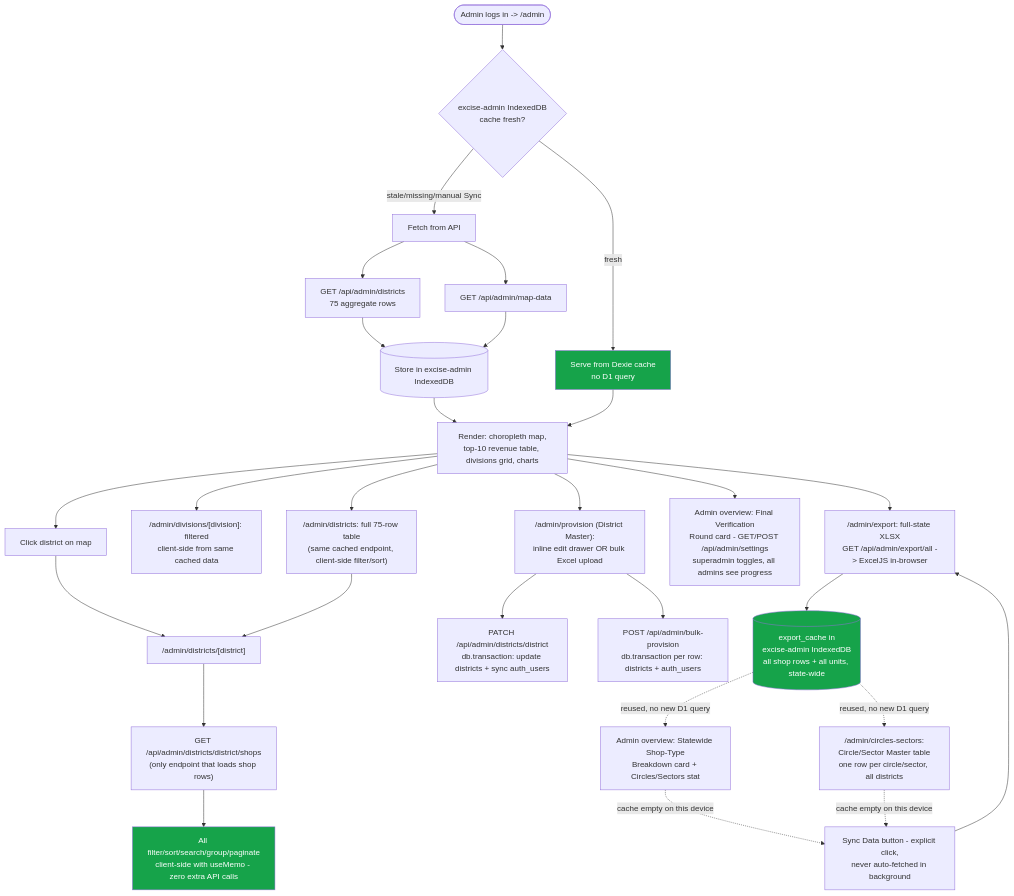
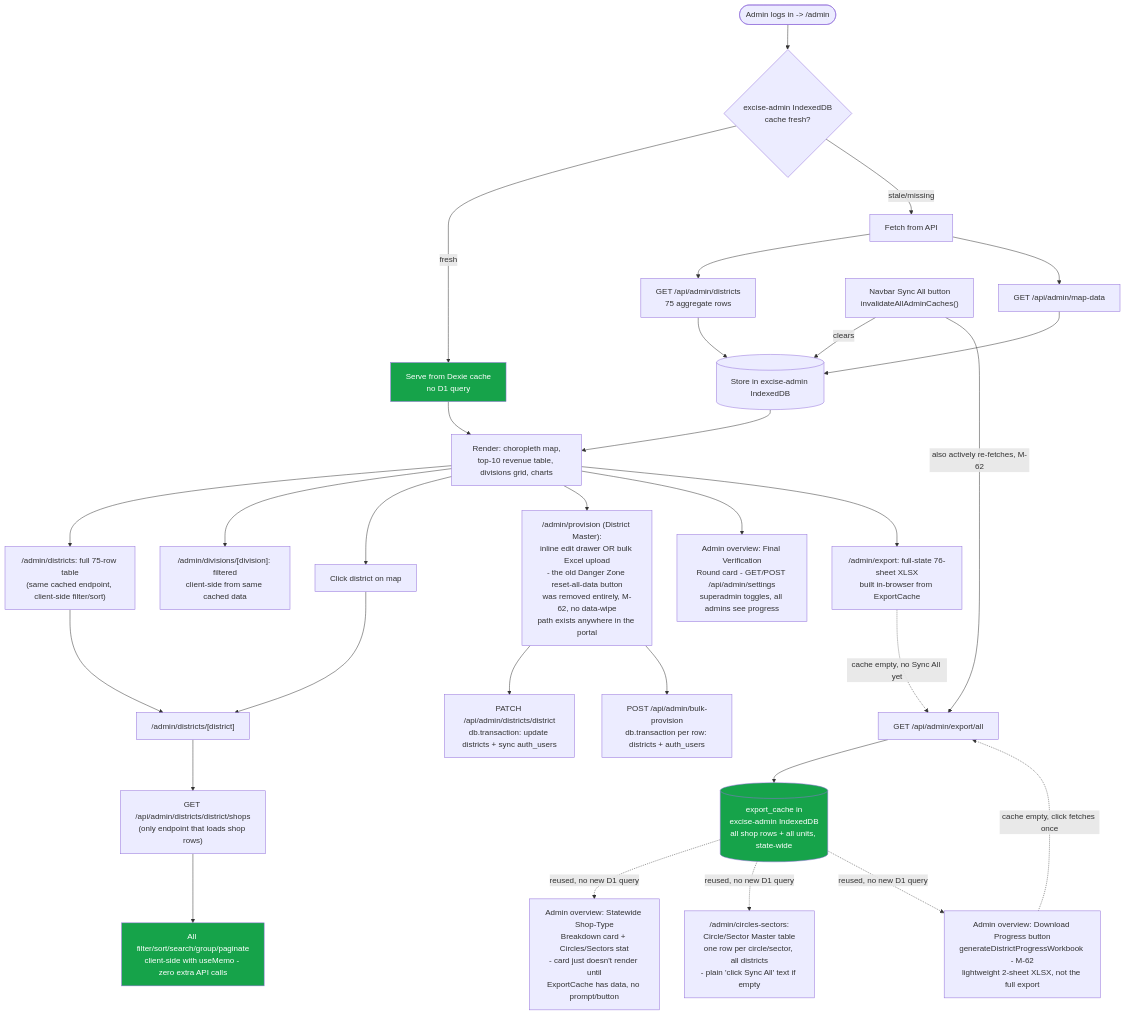
One commit to SubhanRaj/up-excise-spatial-revenue-optimizer changed the third of 4 diagrams in docs/app-flow.md. Above: the diagram before and after it, drawn with Mermaid. The commit also changed 1 other file, not shown here.

Commit message:
Bring docs/app-flow.md and CLAUDE.md up to date with M-62 changes
The admin data-loading mermaid diagram still showed the removed "Sync
Data" prompt/button pattern and didn't reflect that Sync All now
actively re-fetches export_cache (not just clears it) or that a
Download Progress button exists. Also fixed a stale CLAUDE.md paragraph
still describing useAdminExportData()'s old per-page sync-button design.

````diff
--- a/docs/app-flow.md
+++ b/docs/app-flow.md
@@ -135,43 +135,46 @@
 ```mermaid
 flowchart TD
     AdminLogin([Admin logs in -> /admin]) --> CacheCheck{excise-admin IndexedDB\ncache fresh?}
 
     CacheCheck -->|fresh| UseCache[Serve from Dexie cache\nno D1 query]
-    CacheCheck -->|stale/missing/manual Sync| Fetch[Fetch from API]
+    CacheCheck -->|stale/missing| Fetch[Fetch from API]
 
     Fetch --> Districts[GET /api/admin/districts\n75 aggregate rows]
     Fetch --> MapData[GET /api/admin/map-data]
     Districts --> StoreCache[(Store in excise-admin IndexedDB)]
     MapData --> StoreCache
     StoreCache --> Render
 
     UseCache --> Render[Render: choropleth map,\ntop-10 revenue table, divisions grid, charts]
 
     Render --> DrillDistricts["/admin/districts: full 75-row table\n(same cached endpoint, client-side filter/sort)"]
     Render --> DrillDivisions["/admin/divisions/[division]: filtered\nclient-side from same cached data"]
     Render --> ClickPolygon[Click district on map]
 
     ClickPolygon --> DistrictDetail["/admin/districts/[district]"]
     DrillDistricts --> DistrictDetail
     DistrictDetail --> ShopsFetch["GET /api/admin/districts/district/shops\n(only endpoint that loads shop rows)"]
     ShopsFetch --> ClientOps[All filter/sort/search/group/paginate\nclient-side with useMemo - zero extra API calls]
 
-    Render --> Provision["/admin/provision (District Master):\ninline edit drawer OR bulk Excel upload"]
+    Render --> Provision["/admin/provision (District Master):\ninline edit drawer OR bulk Excel upload\n- the old Danger Zone reset-all-data button\nwas removed entirely, M-62, no data-wipe\npath exists anywhere in the portal"]
     Provision --> PatchEP[PATCH /api/admin/districts/district\ndb.transaction: update districts + sync auth_users]
     Provision --> BulkEP[POST /api/admin/bulk-provision\ndb.transaction per row: districts + auth_users]
 
     Render --> SettingsCard["Admin overview: Final Verification\nRound card - GET/POST /api/admin/settings\nsuperadmin toggles, all admins see progress"]
 
-    Render --> ExportPage["/admin/export: full-state XLSX\nGET /api/admin/export/all -> ExcelJS in-browser"]
-    ExportPage --> ExportCache[(export_cache in\nexcise-admin IndexedDB\nall shop rows + all units, state-wide)]
+    SyncAll["Navbar Sync All button\ninvalidateAllAdminCaches()"] -->|clears| StoreCache
+    SyncAll -->|also actively re-fetches, M-62| ExportEP[GET /api/admin/export/all]
+    ExportEP --> ExportCache[(export_cache in\nexcise-admin IndexedDB\nall shop rows + all units, state-wide)]
 
-    ExportCache -.->|reused, no new D1 query| ShopTypeCard["Admin overview: Statewide Shop-Type\nBreakdown card + Circles/Sectors stat"]
-    ExportCache -.->|reused, no new D1 query| CirclesSectorsPage["/admin/circles-sectors:\nCircle/Sector Master table\none row per circle/sector, all districts"]
-    ShopTypeCard -.->|cache empty on this device| SyncPrompt["Sync Data button - explicit click,\nnever auto-fetched in background"]
-    CirclesSectorsPage -.->|cache empty on this device| SyncPrompt
-    SyncPrompt --> ExportPage
+    Render --> ExportPage["/admin/export: full-state 76-sheet XLSX\nbuilt in-browser from ExportCache"]
+    ExportPage -.->|cache empty, no Sync All yet| ExportEP
+
+    ExportCache -.->|reused, no new D1 query| ShopTypeCard["Admin overview: Statewide Shop-Type\nBreakdown card + Circles/Sectors stat\n- card just doesn't render until\nExportCache has data, no prompt/button"]
+    ExportCache -.->|reused, no new D1 query| CirclesSectorsPage["/admin/circles-sectors:\nCircle/Sector Master table\none row per circle/sector, all districts\n- plain 'click Sync All' text if empty"]
+    ExportCache -.->|reused, no new D1 query| ProgressBtn["Admin overview: Download Progress button\ngenerateDistrictProgressWorkbook - M-62\nlightweight 2-sheet XLSX, not the full export"]
+    ProgressBtn -.->|cache empty, click fetches once| ExportEP
 
     style UseCache fill:#16a34a,color:#fff
     style ClientOps fill:#16a34a,color:#fff
     style ExportCache fill:#16a34a,color:#fff
 ```
````
